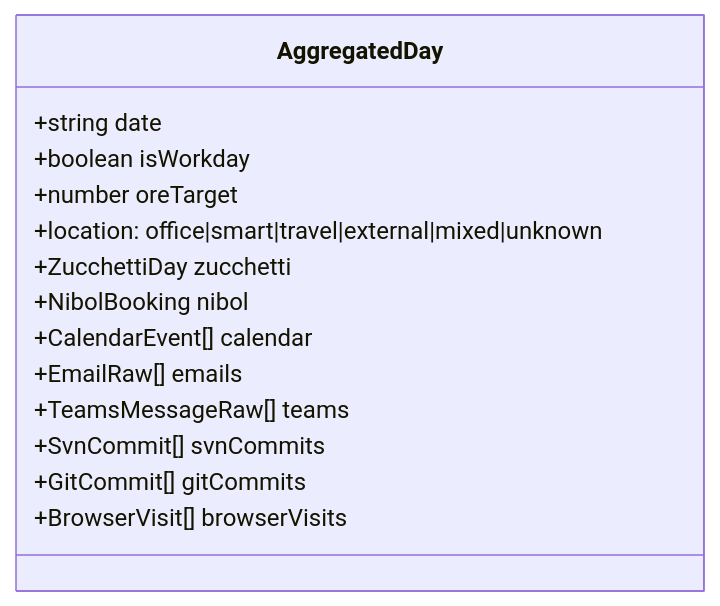
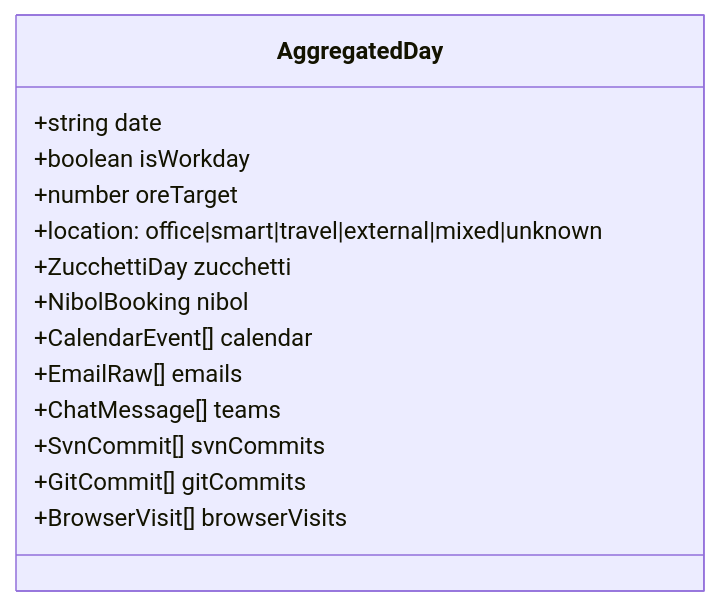
One commit to shinjigi/my_ms_graph_api_collector changed the third of 8 diagrams in FUNCTIONAL.md. Above: the diagram before and after it, drawn with Mermaid. The commit also changed other lines of this file and 74 other files, not shown here.

````diff
--- a/FUNCTIONAL.md
+++ b/FUNCTIONAL.md
@@ -106,17 +107,17 @@
 ```mermaid
 classDiagram
     class AggregatedDay {
         +string date
         +boolean isWorkday
         +number oreTarget
         +location: office|smart|travel|external|mixed|unknown
         +ZucchettiDay zucchetti
         +NibolBooking nibol
         +CalendarEvent[] calendar
         +EmailRaw[] emails
-        +TeamsMessageRaw[] teams
+        +ChatMessage[] teams
         +SvnCommit[] svnCommits
         +GitCommit[] gitCommits
         +BrowserVisit[] browserVisits
     }
 ```
````
